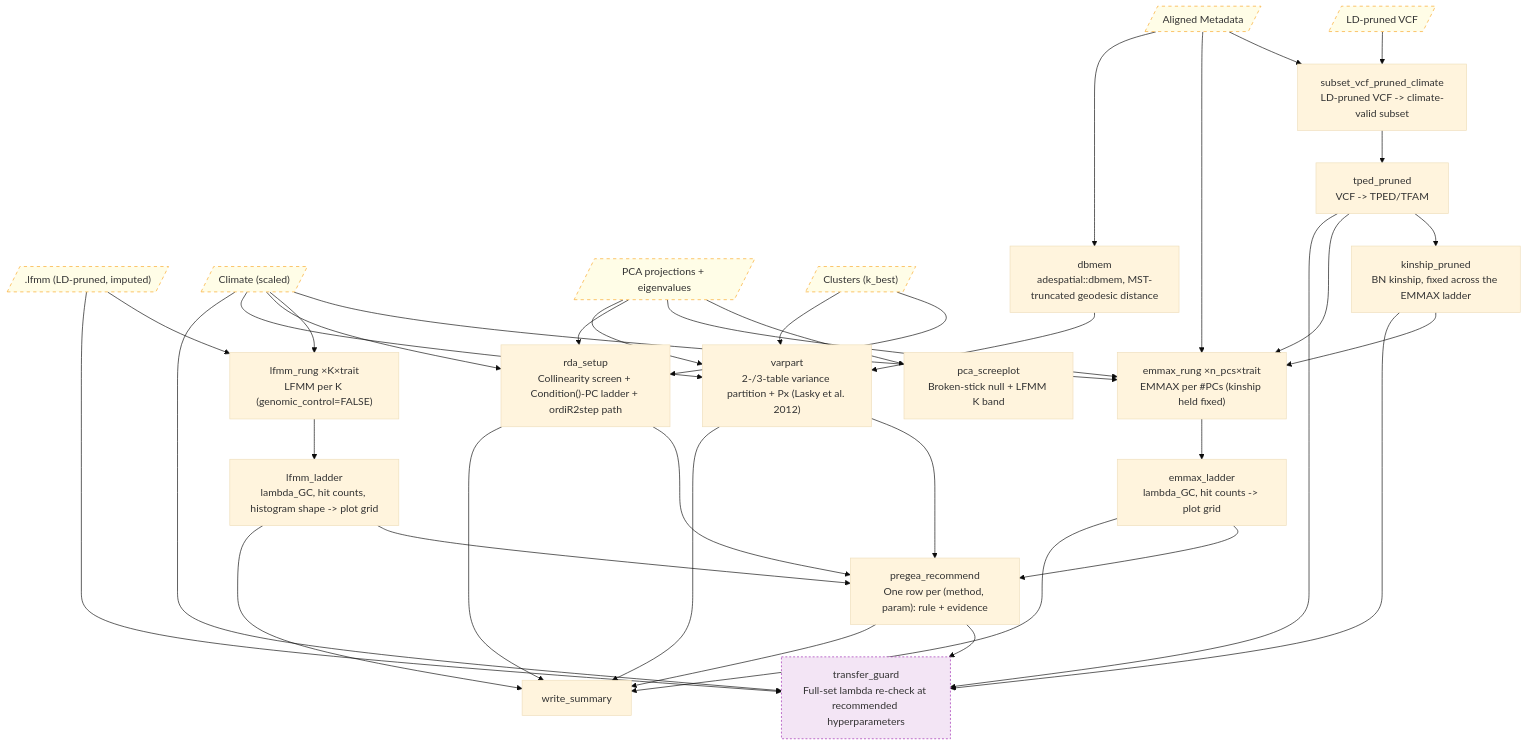
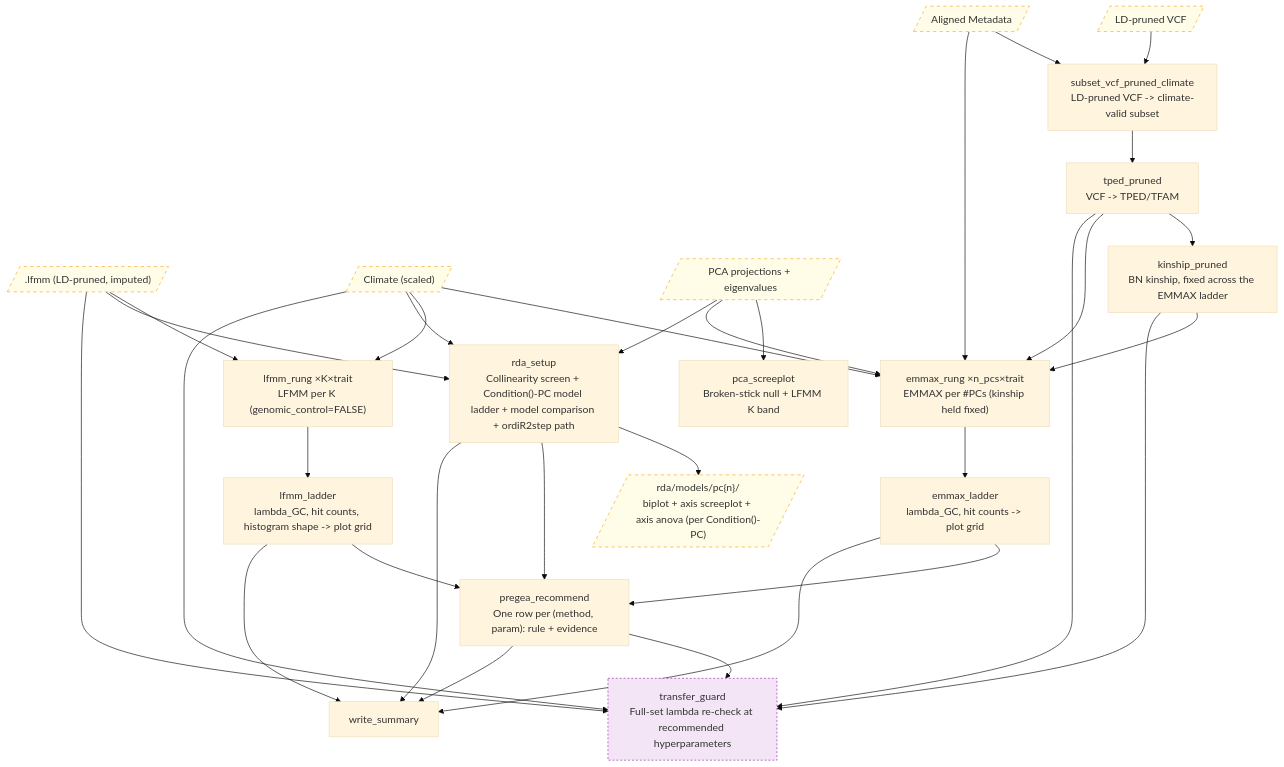
One commit to hubner-lab/ADAPTOGENE changed the sixth of 10 diagrams in README.md. Above: the diagram before and after it, drawn with Mermaid (base theme). The commit also changed other lines of this file and 31 other files, not shown here.

First line of the commit message:
refactor(pregea): split into mode=climate + slimmed mode=pregea, rework RDA

````diff
--- a/README.md
+++ b/README.md
@@ -250,44 +313,39 @@
 ```mermaid
 flowchart TB
     classDef data fill:#FFFDE7,stroke:#F9A825,color:#333,stroke-dasharray:5 5
     classDef optional fill:#F3E5F5,stroke:#9C27B0,color:#333,stroke-dasharray:3 3
 
     VCF_LD[/"LD-pruned VCF"/]:::data
     LFMM_LD[/".lfmm (LD-pruned, imputed)"/]:::data
     CLIMATE[/"Climate (scaled)"/]:::data
     PCA[/"PCA projections + eigenvalues"/]:::data
-    CLUST[/"Clusters (k_best)"/]:::data
     META[/"Aligned Metadata"/]:::data
 
     subset["subset_vcf_pruned_climate\nLD-pruned VCF -> climate-valid subset"]
     tped["tped_pruned\nVCF -> TPED/TFAM"]
     kinship["kinship_pruned\nBN kinship, fixed across the EMMAX ladder"]
     screeplot["pca_screeplot\nBroken-stick null + LFMM K band"]
 
     lfmm_rung["lfmm_rung ×K×trait\nLFMM per K (genomic_control=FALSE)"]
     lfmm_ladder["lfmm_ladder\nlambda_GC, hit counts, histogram shape -> plot grid"]
 
     emmax_rung["emmax_rung ×n_pcs×trait\nEMMAX per #PCs (kinship held fixed)"]
     emmax_ladder["emmax_ladder\nlambda_GC, hit counts -> plot grid"]
 
-    rda_setup["rda_setup\nCollinearity screen + Condition()-PC ladder + ordiR2step path"]
-
-    dbmem["dbmem\nadespatial::dbmem, MST-truncated geodesic distance"]
-    varpart["varpart\n2-/3-table variance partition + Px (Lasky et al. 2012)"]
+    rda_setup["rda_setup\nCollinearity screen + Condition()-PC model ladder + model comparison + ordiR2step path"]
+    rda_models[/"rda/models/pc{n}/\nbiplot + axis screeplot + axis anova (per Condition()-PC)"/]:::data
 
     recommend["pregea_recommend\nOne row per (method, param): rule + evidence"]
     guard["transfer_guard\nFull-set lambda re-check at recommended hyperparameters"]:::optional
     summary["write_summary"]
 
     VCF_LD --> subset --> tped --> kinship
     META --> subset
     PCA --> screeplot
     kinship & tped & CLIMATE & PCA & META --> emmax_rung --> emmax_ladder
     LFMM_LD & CLIMATE --> lfmm_rung --> lfmm_ladder
-    CLIMATE & PCA & CLUST --> rda_setup
-    META --> dbmem
-    PCA & CLUST & CLIMATE & dbmem --> varpart
-    lfmm_ladder & emmax_ladder & rda_setup & varpart --> recommend
+    LFMM_LD & CLIMATE & PCA --> rda_setup --> rda_models
+    lfmm_ladder & emmax_ladder & rda_setup --> recommend
     recommend & LFMM_LD & CLIMATE & kinship & tped --> guard
-    recommend & lfmm_ladder & emmax_ladder & rda_setup & varpart --> summary
+    recommend & lfmm_ladder & emmax_ladder & rda_setup --> summary
 ```
````
